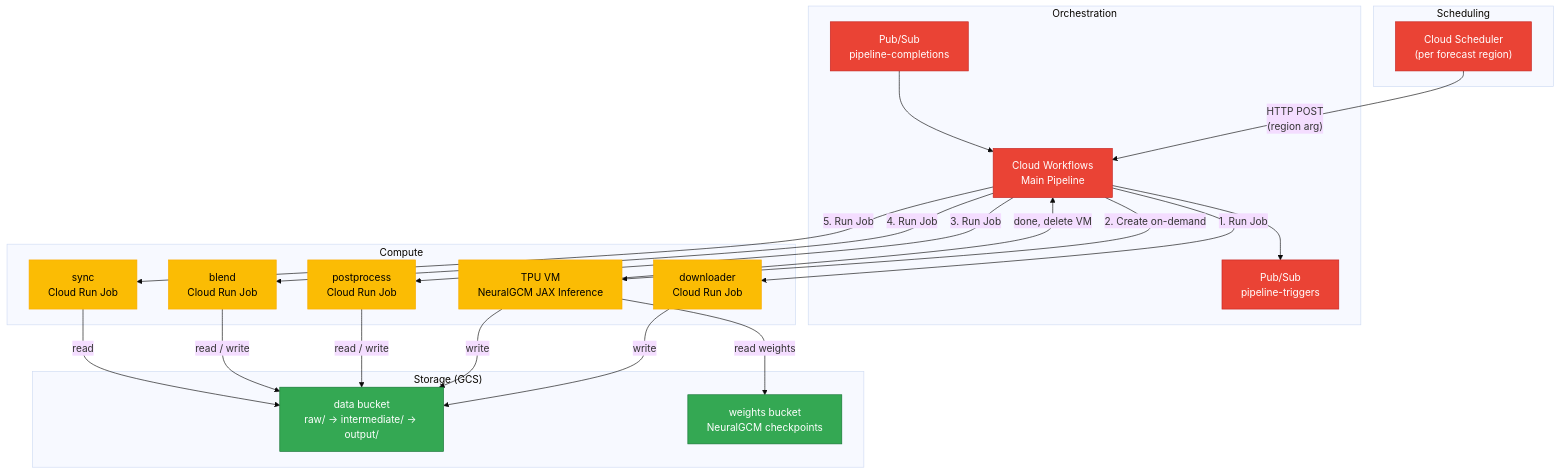
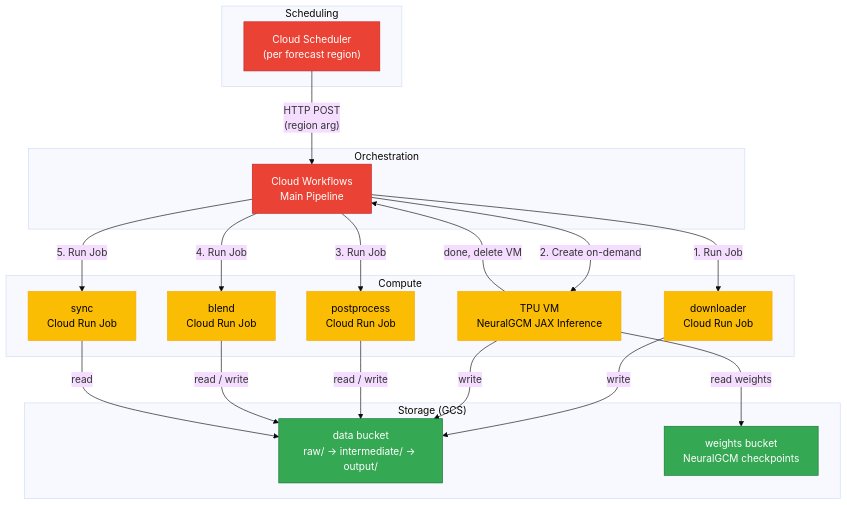
Before and after one commit to envfluids/monsoon-onset: the diagram in CLOUD_ARCHITECTURE.md, drawn with Mermaid (base theme).

Commit message:
clean up architecture diagram

````diff
--- a/CLOUD_ARCHITECTURE.md
+++ b/CLOUD_ARCHITECTURE.md
@@ -5,42 +5,40 @@
 ```mermaid
 graph TD
     subgraph Scheduling
         Sched["Cloud Scheduler\n(per forecast region)"]
     end
 
     subgraph Orchestration
         Sched -- "HTTP POST\n(region arg)" --> Workflow["Cloud Workflows\nMain Pipeline"]
-        Workflow --> PubTrigger["Pub/Sub\npipeline-triggers"]
-        PubComplete["Pub/Sub\npipeline-completions"] --> Workflow
     end
 
     subgraph "Compute"
         Workflow -- "1. Run Job" --> Downloader["downloader\nCloud Run Job"]
         Workflow -- "2. Create on-demand" --> TPU["TPU VM\nNeuralGCM JAX Inference"]
         TPU -- "done, delete VM" --> Workflow
         Workflow -- "3. Run Job" --> Postprocess["postprocess\nCloud Run Job"]
         Workflow -- "4. Run Job" --> Blend["blend\nCloud Run Job"]
         Workflow -- "5. Run Job" --> Sync["sync\nCloud Run Job"]
     end
 
     subgraph "Storage (GCS)"
         MainBucket["data bucket\nraw/ → intermediate/ → output/"]
         WeightsBucket["weights bucket\nNeuralGCM checkpoints"]
     end
 
     %% Data flow
     Downloader -- "write" --> MainBucket
     TPU -- "read weights" --> WeightsBucket
     TPU -- "write" --> MainBucket
     Postprocess -- "read / write" --> MainBucket
     Blend -- "read / write" --> MainBucket
     Sync -- "read" --> MainBucket
 
 classDef storage fill:#34a853,color:#fff,stroke:#137333
 classDef compute fill:#fbbc04,color:#000,stroke:#f9ab00
 classDef orchestration fill:#ea4335,color:#fff,stroke:#c5221f
 
-class Sched,Workflow,PubTrigger,PubComplete orchestration
+class Sched,Workflow orchestration
 class Downloader,Postprocess,Blend,Sync,TPU compute
 class MainBucket,WeightsBucket storage
 ```
````
